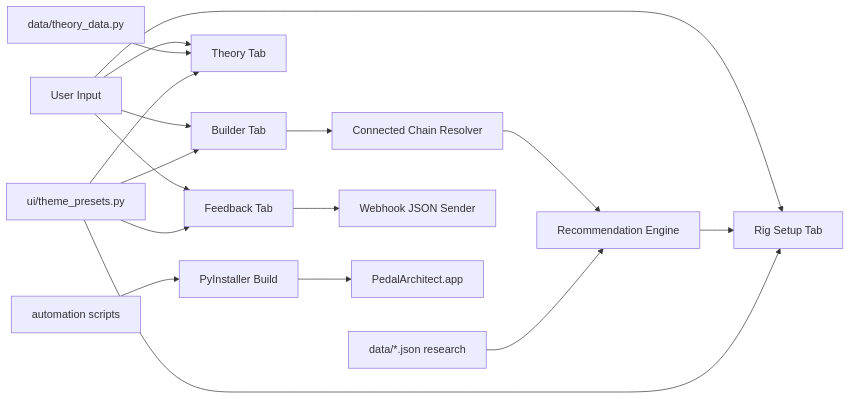
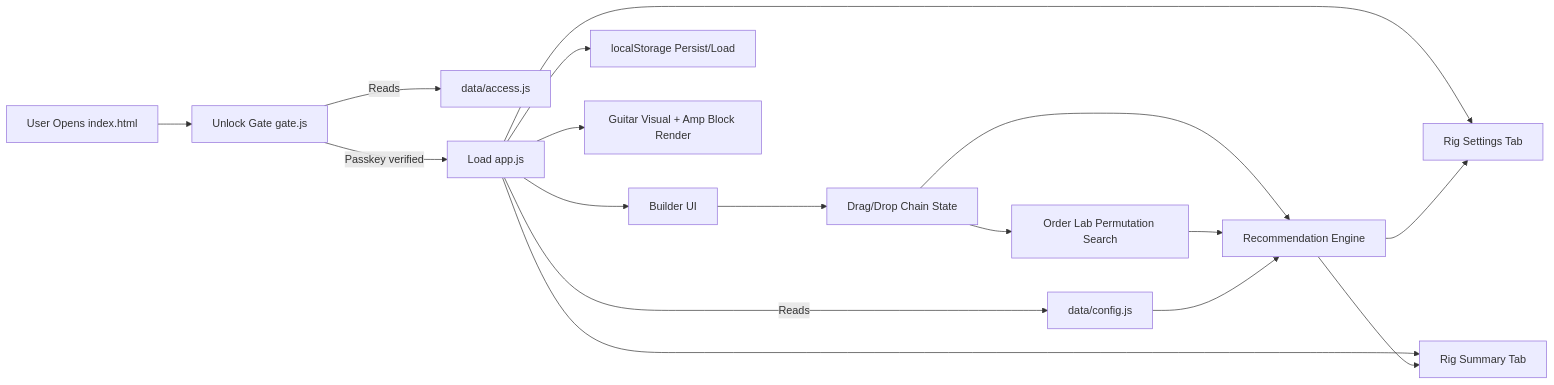
The diagram in documentation/FUNCTIONAL_DIAGRAM.md (EmCrow/pedal_optimizer), drawn with Mermaid before and after one commit. The commit also changed 28 other files, not shown here.

````diff
--- a/documentation/FUNCTIONAL_DIAGRAM.md
+++ b/documentation/FUNCTIONAL_DIAGRAM.md
@@ -3,22 +3,22 @@
 ```mermaid
 flowchart LR
-    U[User Input] --> B[Builder Tab]
-    U --> R[Rig Setup Tab]
-    U --> T[Theory Tab]
-    U --> F[Feedback Tab]
+    U[User Opens index.html] --> G[Unlock Gate gate.js]
+    G -->|Reads| A[data/access.js]
+    G -->|Passkey verified| APP[Load app.js]
+    APP -->|Reads| C[data/config.js]
 
-    B --> C[Connected Chain Resolver]
-    C --> E[Recommendation Engine]
+    APP --> B[Builder UI]
+    APP --> S[Rig Settings Tab]
+    APP --> R[Rig Summary Tab]
+
+    B --> D[Drag/Drop Chain State]
+    D --> O[Order Lab Permutation Search]
+    D --> E[Recommendation Engine]
+    O --> E
+    C --> E
+    E --> S
     E --> R
 
-    D1[data/theory_data.py] --> T
-    D2[data/*.json research] --> E
-    U1[ui/theme_presets.py] --> B
-    U1 --> R
-    U1 --> T
-    U1 --> F
-    F --> W[Webhook JSON Sender]
-
-    A[automation scripts] --> P[PyInstaller Build]
-    P --> APP[PedalArchitect.app]
+    APP --> L[localStorage Persist/Load]
+    APP --> GV[Guitar Visual + Amp Block Render]
 ```
````
